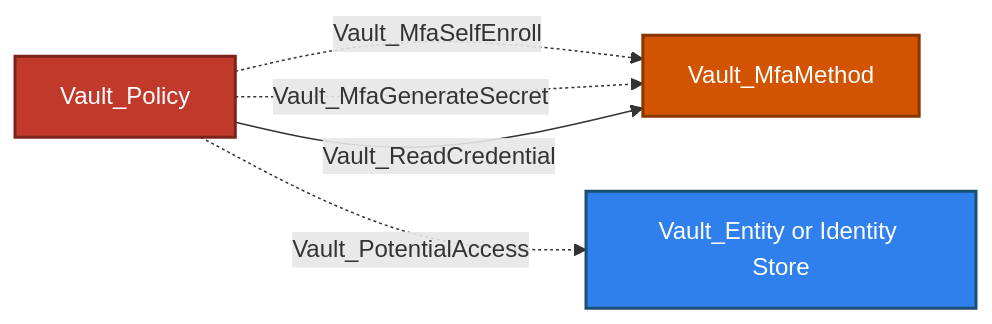
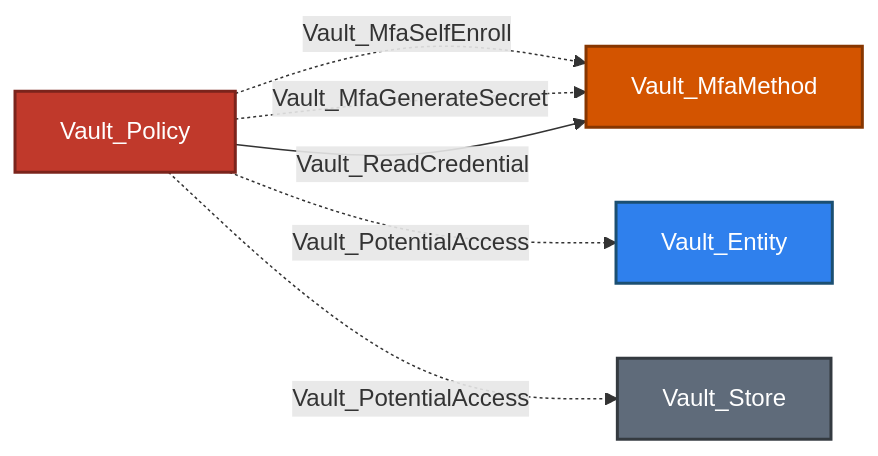
One commit to bytewreck/opengraph-vault changed the tenth of 12 diagrams in Documentation/stores/IDENTITY.md. Above: the diagram before and after it, drawn with Mermaid. The commit also changed other lines of this file and 1 other file, not shown here.

````diff
--- a/Documentation/stores/IDENTITY.md
+++ b/Documentation/stores/IDENTITY.md
@@ -502,11 +570,13 @@
 ```mermaid
 flowchart LR
     policy[Vault_Policy]:::policyNode -.->|Vault_MfaSelfEnroll| method[Vault_MfaMethod]:::mfaMethodNode
     policy -.->|Vault_MfaGenerateSecret| method
     policy -->|Vault_ReadCredential| method
-    policy -.->|Vault_PotentialAccess| entity[Vault_Entity or Identity Store]:::identityNode
+    policy -.->|Vault_PotentialAccess| entity[Vault_Entity]:::identityNode
+    policy -.->|Vault_PotentialAccess| store[Vault_Store]:::storeNode
 
     classDef policyNode fill:#C0392B,color:#fff,stroke:#7B241C,stroke-width:2px
     classDef mfaMethodNode fill:#D35400,color:#fff,stroke:#873600,stroke-width:2px
     classDef identityNode fill:#2F80ED,color:#fff,stroke:#1B4F72,stroke-width:2px
+    classDef storeNode fill:#5F6B7A,color:#fff,stroke:#343A40,stroke-width:2px
 ```
````
